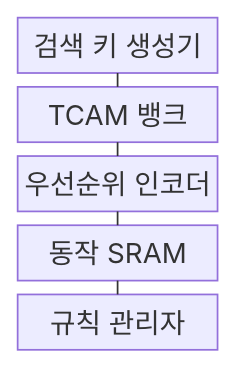
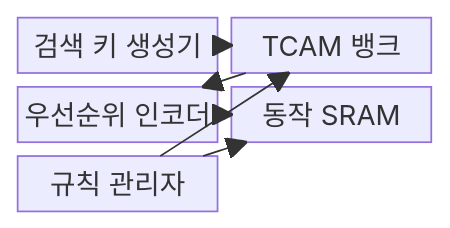
Before and after one commit to agnusdei1207/knowledge-base: the first of 2 diagrams in src/content/docs/notes/04-network/075_tcam.md, drawn with Mermaid. The commit also changed other lines of this file and 20 other files, not shown here.

````diff
--- a/src/content/docs/notes/04-network/075_tcam.md
+++ b/src/content/docs/notes/04-network/075_tcam.md
@@ -58,13 +63,14 @@
 ```mermaid
 block-beta
-    columns 1
+    columns 2
     A["검색 키 생성기"]
     B["TCAM 뱅크"]
     C["우선순위 인코더"]
     D["동작 SRAM"]
     E["규칙 관리자"]
-    A --- B
-    B --- C
-    C --- D
-    D --- E
+    A --> B
+    B --> C
+    C --> D
+    E --> B
+    E --> D
 ```
````
